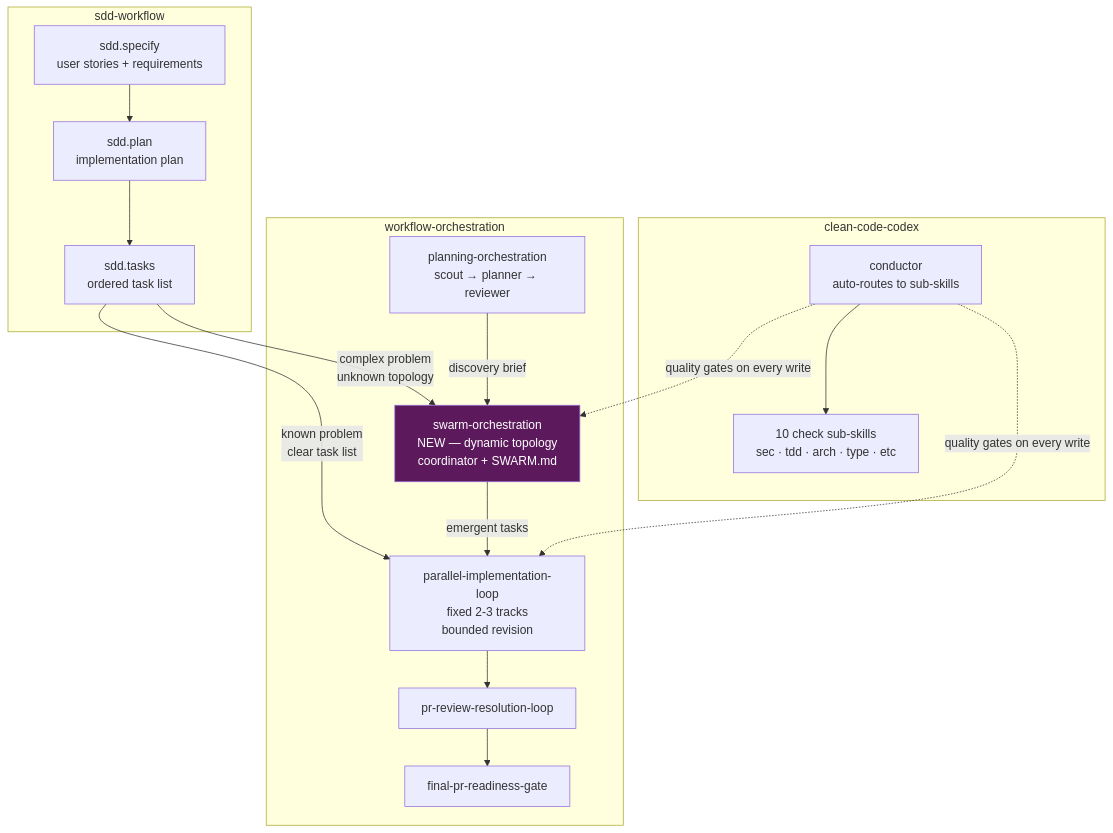
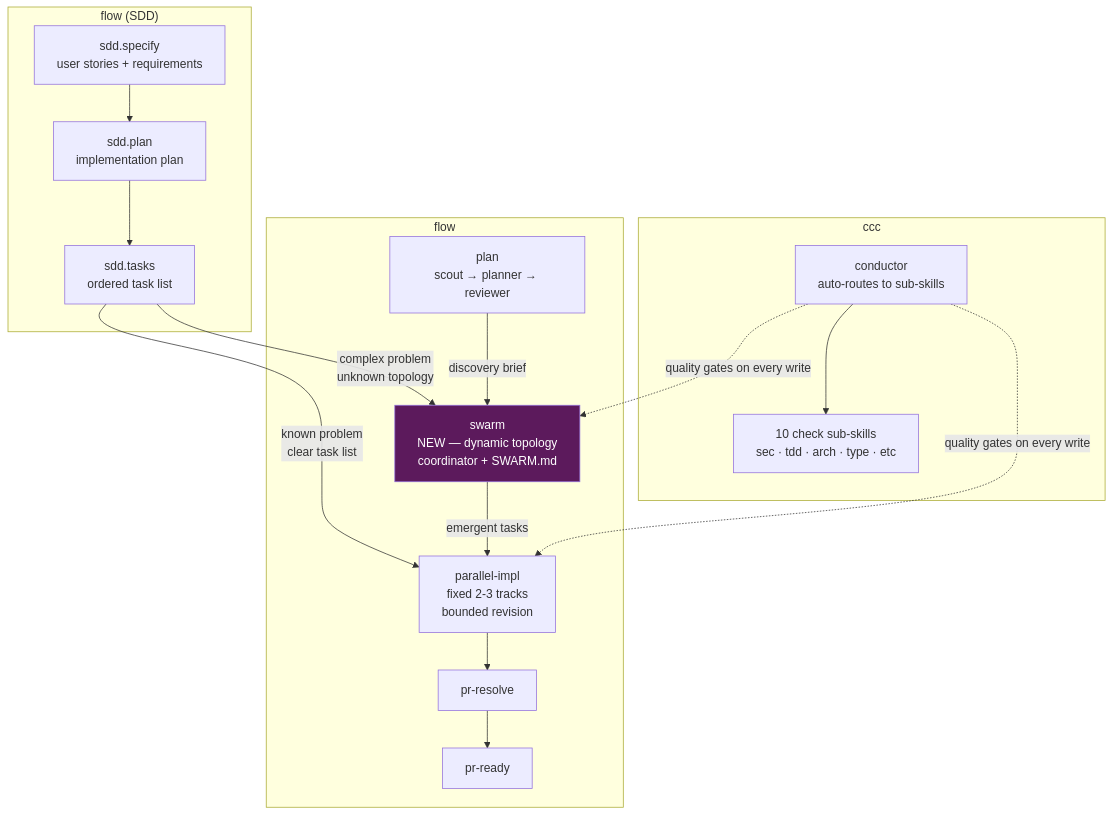
The eighth of 9 diagrams in docs/swarm-orchestration.md (mikecubed/agent-orchestration), drawn with Mermaid before and after one commit. The commit also changed other lines of this file and 222 other files, not shown here.

````diff
--- a/docs/swarm-orchestration.md
+++ b/docs/swarm-orchestration.md
@@ -252,34 +252,34 @@
 ```mermaid
 flowchart TD
-    subgraph SDD["sdd-workflow"]
+    subgraph SDD["flow (SDD)"]
         SDD1["sdd.specify\nuser stories + requirements"]
         SDD2["sdd.plan\nimplementation plan"]
         SDD3["sdd.tasks\nordered task list"]
         SDD1 --> SDD2 --> SDD3
     end
 
-    subgraph WO["workflow-orchestration"]
-        WO1["planning-orchestration\nscout → planner → reviewer"]
-        WO2["swarm-orchestration\nNEW — dynamic topology\ncoordinator + SWARM.md"]
-        WO3["parallel-implementation-loop\nfixed 2-3 tracks\nbounded revision"]
-        WO4["pr-review-resolution-loop"]
-        WO5["final-pr-readiness-gate"]
+    subgraph WO["flow"]
+        WO1["plan\nscout → planner → reviewer"]
+        WO2["swarm\nNEW — dynamic topology\ncoordinator + SWARM.md"]
+        WO3["parallel-impl\nfixed 2-3 tracks\nbounded revision"]
+        WO4["pr-resolve"]
+        WO5["pr-ready"]
     end
 
-    subgraph CC["clean-code-codex"]
+    subgraph CC["ccc"]
         CC1["conductor\nauto-routes to sub-skills"]
         CC2["10 check sub-skills\nsec · tdd · arch · type · etc"]
         CC1 --> CC2
     end
 
     SDD3 -->|"known problem\nclear task list"| WO3
     SDD3 -->|"complex problem\nunknown topology"| WO2
     WO1 -->|"discovery brief"| WO2
     WO2 -->|"emergent tasks"| WO3
     WO3 --> WO4 --> WO5
 
     CC1 -.->|"quality gates on every write"| WO2
     CC1 -.->|"quality gates on every write"| WO3
 
     style WO2 fill:#5c1a5c,color:#fff
 ```
````
